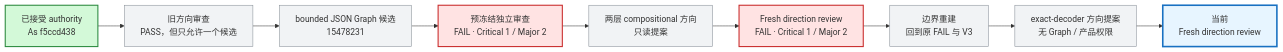
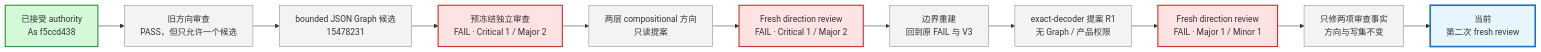
Before and after one commit to j-a-v-e-n/knowledge-vault: the third of 3 diagrams in MyBrain/automation/reports/investment-discipline-system/CURRENT_PROGRESS.md, drawn with Mermaid. The commit also changed other lines of this file, not shown here.

````diff
--- a/MyBrain/automation/reports/investment-discipline-system/CURRENT_PROGRESS.md
+++ b/MyBrain/automation/reports/investment-discipline-system/CURRENT_PROGRESS.md
@@ -89,21 +89,23 @@
 ```mermaid
 flowchart LR
     AS["已接受 authority<br/>As f5ccd438"] --> D1["旧方向审查<br/>PASS，但只允许一个候选"]
     D1 --> C1["bounded JSON Graph 候选<br/>15478231"]
     C1 --> R1["预冻结独立审查<br/>FAIL · Critical 1 / Major 2"]
     R1 --> D2["两层 compositional 方向<br/>只读提案"]
     D2 --> R2["Fresh direction review<br/>FAIL · Critical 1 / Major 2"]
     R2 --> D3["边界重建<br/>回到原 FAIL 与 V3"]
-    D3 --> D4["exact-decoder 方向提案<br/>无 Graph / 产品权限"]
-    D4 --> R3["当前<br/>Fresh direction review"]
+    D3 --> D4["exact-decoder 提案 R1<br/>无 Graph / 产品权限"]
+    D4 --> R3["Fresh direction review<br/>FAIL · Major 1 / Minor 1"]
+    R3 --> D5["只修两项审查事实<br/>方向与写集不变"]
+    D5 --> R4["当前<br/>第二次 fresh review"]
 
     classDef accepted fill:#d3f9d8,stroke:#2b8a3e,stroke-width:2px;
     classDef historical fill:#f1f3f5,stroke:#868e96;
     classDef failed fill:#ffe3e3,stroke:#c92a2a,stroke-width:2px;
     classDef current fill:#e7f5ff,stroke:#1971c2,stroke-width:3px;
     class AS accepted;
-    class D1,C1,D3,D4 historical;
-    class R1,R2 failed;
+    class D1,C1,D3,D4,D5 historical;
+    class R1,R2,R3 failed;
     class D2 historical;
-    class R3 current;
+    class R4 current;
 ```
````
